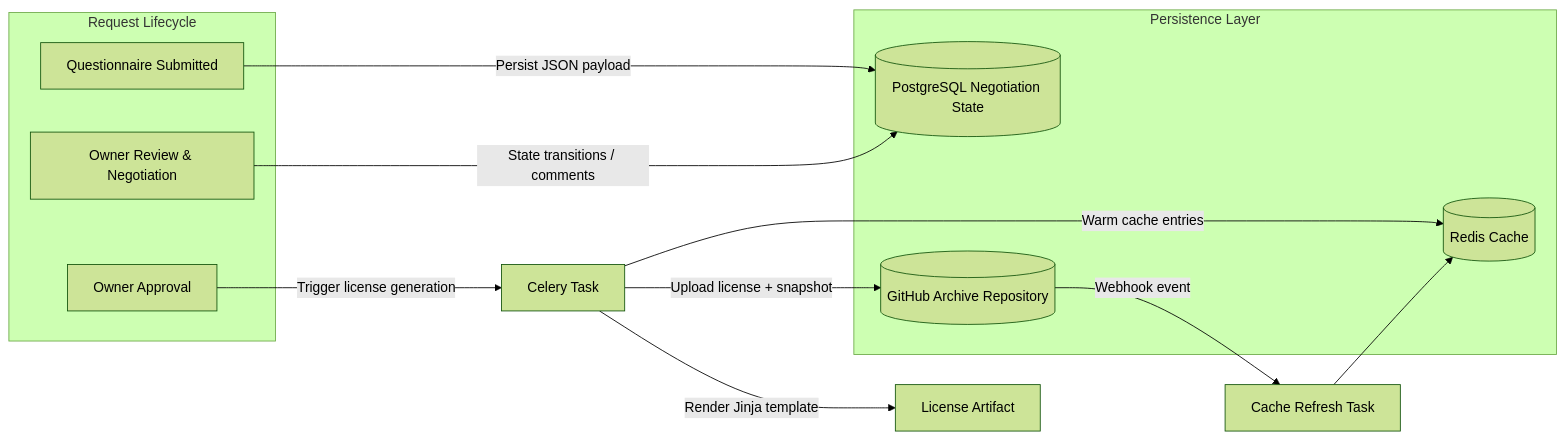
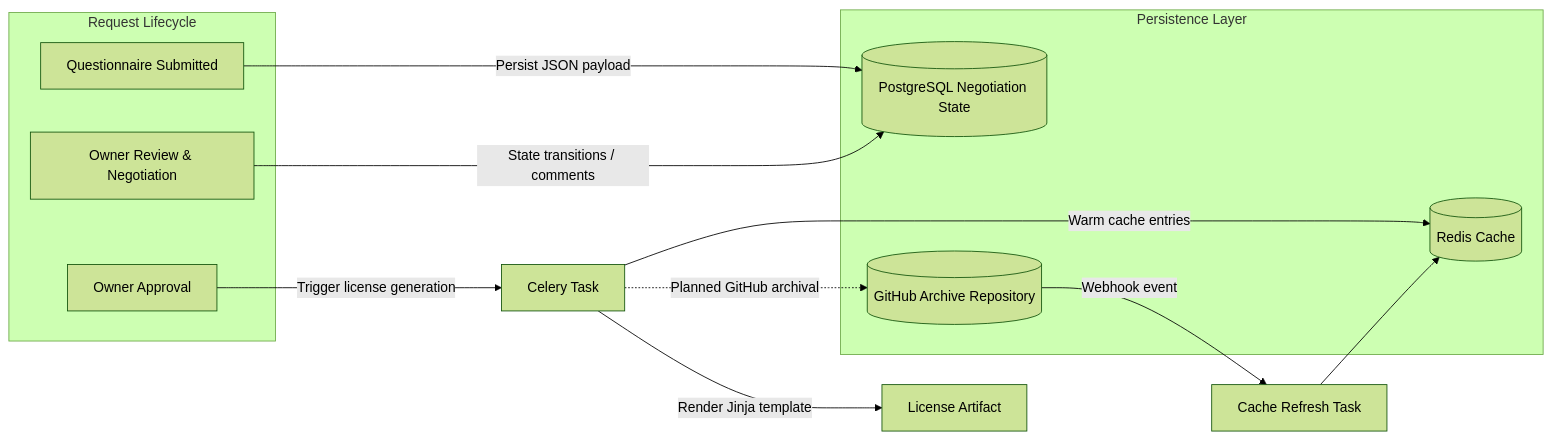
The fourth of 5 diagrams in docs/cache-architecture.md (ClimateSmartAgCollab/DRT_Design_Document), drawn with Mermaid (forest theme) before and after one commit. The commit also changed other lines of this file and 1 other file, not shown here.

````diff
--- a/docs/cache-architecture.md
+++ b/docs/cache-architecture.md
@@ -120,23 +121,23 @@
 ```mermaid
 graph LR
     subgraph Request Lifecycle
         QStart[Questionnaire Submitted]
         Review[Owner Review & Negotiation]
         Approve[Owner Approval]
     end
 
     subgraph Persistence Layer
         PG[(PostgreSQL Negotiation State)]
         GH[(GitHub Archive Repository)]
         Redis[(Redis Cache)]
     end
 
     QStart -->|Persist JSON payload| PG
     Review -->|State transitions / comments| PG
     Approve -->|Trigger license generation| CeleryTask[Celery Task]
     CeleryTask -->|Render Jinja template| License[License Artifact]
-    CeleryTask -->|Upload license + snapshot| GH
+    CeleryTask -. Planned GitHub archival .-> GH
     CeleryTask -->|Warm cache entries| Redis
     GH -->|Webhook event| CacheRefresh[Cache Refresh Task]
     CacheRefresh --> Redis
 ```
````
